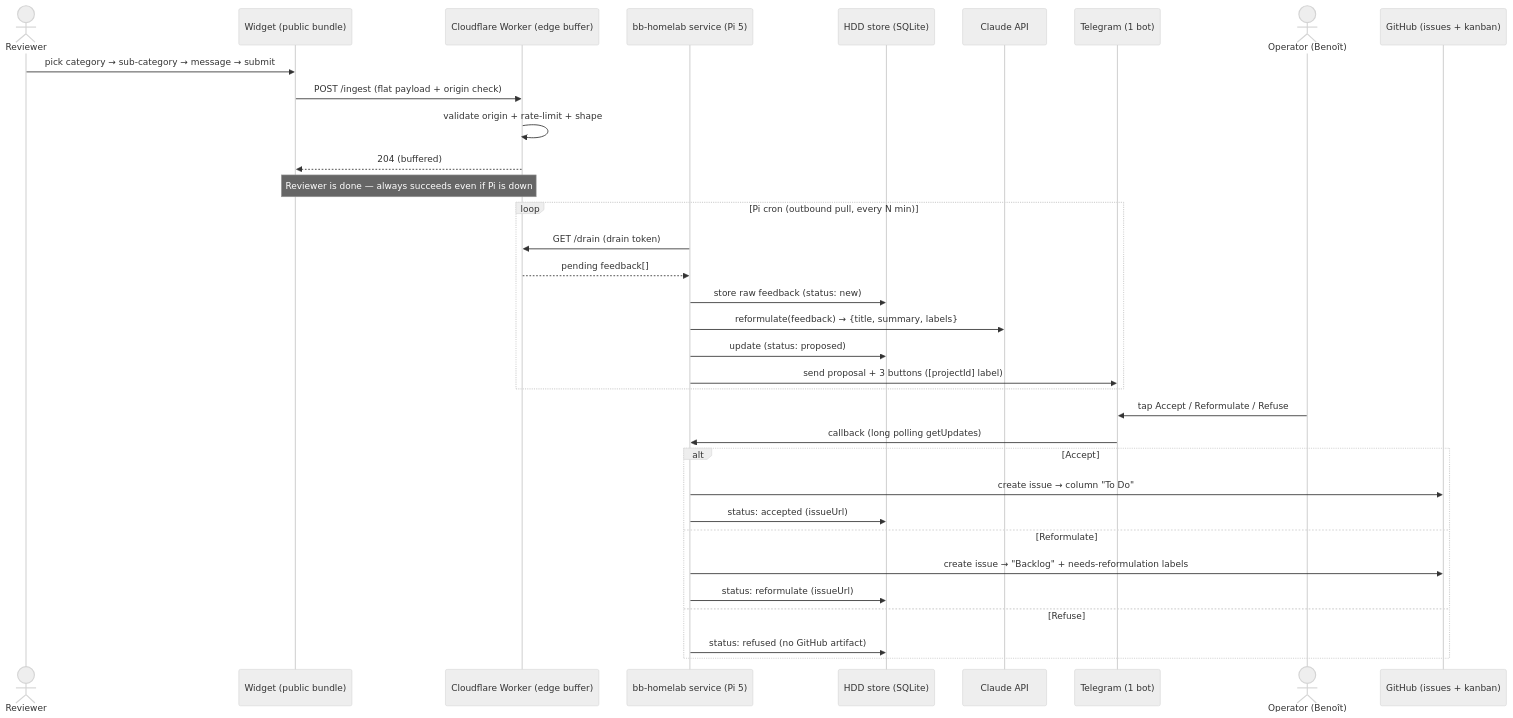
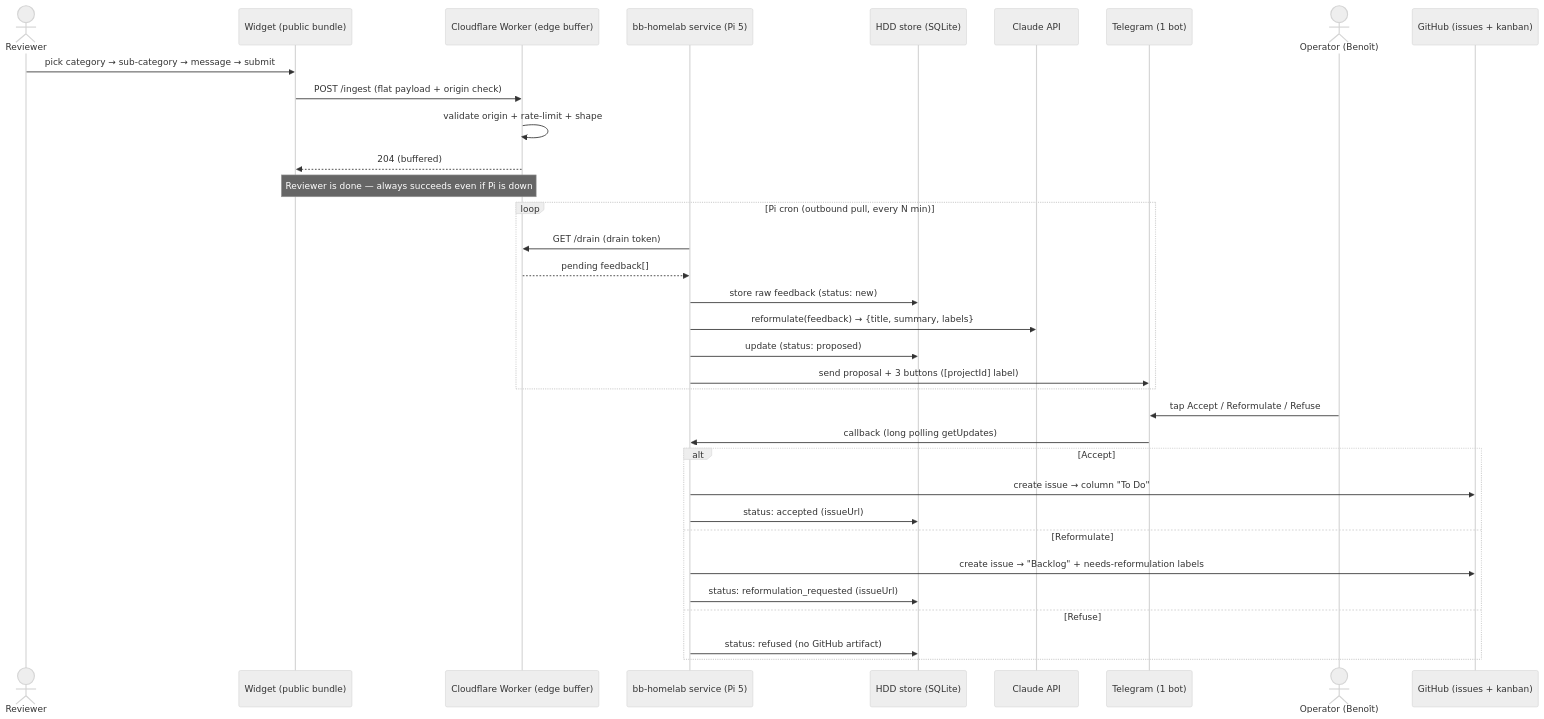
One commit to benoit-bremaud/feedback-widget changed the diagram in docs/architecture/diagrams/feedback-pipeline/02-sequence.md. Above: the diagram before and after it, drawn with Mermaid (neutral theme). The commit also changed 2 other files, not shown here.

Commit message:
docs(feedback-pipeline): address Copilot review on PR #46
- 03-component.md: clarify the 'no public ingress' note refers to a
  bb-homelab infra decision, not one of this pipeline's Q1-Q8 decisions
  (dropped the bare '#28' that read like a Q-decision).
- 02-sequence.md: rename status 'reformulate' (verb) to
  'reformulation_requested' (noun, consistent with new/proposed/
  accepted/refused).
- n8n-pipeline.md: align the Status line with the superseded banner
  (historical / partially superseded, never implemented).

````diff
--- a/docs/architecture/diagrams/feedback-pipeline/02-sequence.md
+++ b/docs/architecture/diagrams/feedback-pipeline/02-sequence.md
@@ -19,39 +19,39 @@
 ```mermaid
 sequenceDiagram
   actor R as Reviewer
   participant W as Widget (public bundle)
   participant CF as Cloudflare Worker (edge buffer)
   participant Pi as bb-homelab service (Pi 5)
   participant DB as HDD store (SQLite)
   participant CL as Claude API
   participant TG as Telegram (1 bot)
   actor O as Operator (Benoît)
   participant GH as GitHub (issues + kanban)
 
   R->>W: pick category → sub-category → message → submit
   W->>CF: POST /ingest (flat payload + origin check)
   CF->>CF: validate origin + rate-limit + shape
   CF-->>W: 204 (buffered)
   Note over W,CF: Reviewer is done — always succeeds even if Pi is down
 
   loop Pi cron (outbound pull, every N min)
     Pi->>CF: GET /drain (drain token)
     CF-->>Pi: pending feedback[]
     Pi->>DB: store raw feedback (status: new)
     Pi->>CL: reformulate(feedback) → {title, summary, labels}
     Pi->>DB: update (status: proposed)
     Pi->>TG: send proposal + 3 buttons ([projectId] label)
   end
 
   O->>TG: tap Accept / Reformulate / Refuse
   TG->>Pi: callback (long polling getUpdates)
   alt Accept
     Pi->>GH: create issue → column "To Do"
     Pi->>DB: status: accepted (issueUrl)
   else Reformulate
     Pi->>GH: create issue → "Backlog" + needs-reformulation labels
-    Pi->>DB: status: reformulate (issueUrl)
+    Pi->>DB: status: reformulation_requested (issueUrl)
   else Refuse
     Pi->>DB: status: refused (no GitHub artifact)
   end
 ```
````
